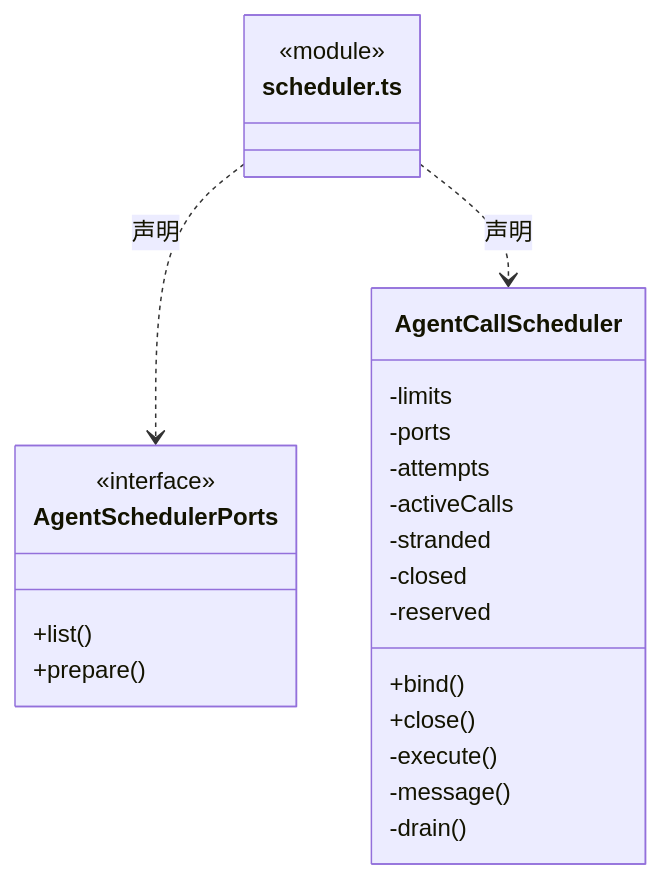
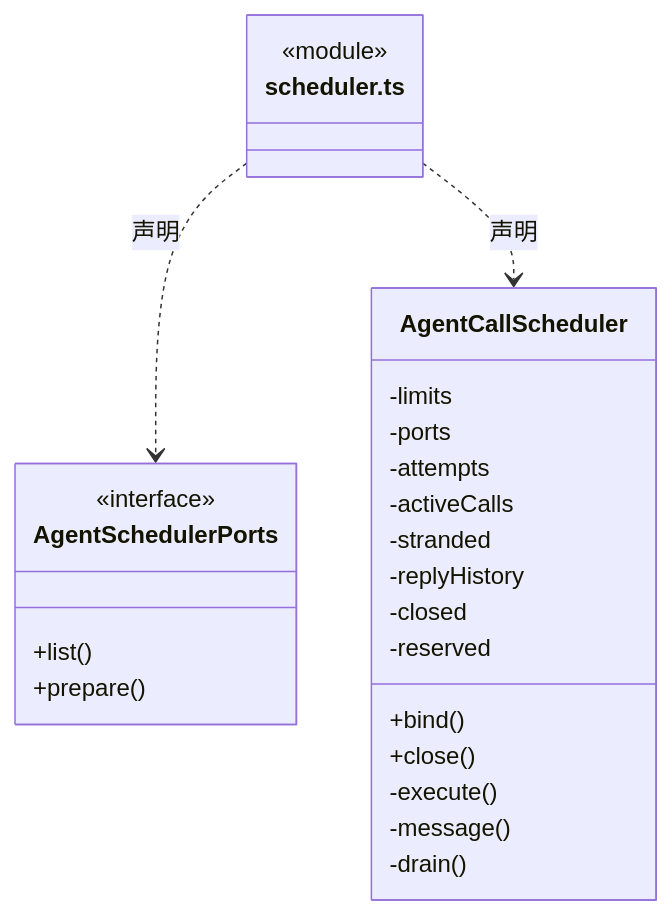
Before and after one commit to nan023062/cbim: the seventh of 10 diagrams in src/logic/agents/ARCHITECTURE.md, drawn with Mermaid. The commit also changed other lines of this file and 39 other files, not shown here.

````diff
--- a/src/logic/agents/ARCHITECTURE.md
+++ b/src/logic/agents/ARCHITECTURE.md
@@ -167,27 +197,28 @@
 ```mermaid
 classDiagram
 class N_src_logic_agents_scheduler_ts["scheduler.ts"] {
   <<module>>
 }
 class N_src_logic_agents_scheduler_ts_AgentSchedulerPorts["AgentSchedulerPorts"] {
   <<interface>>
   +list()
   +prepare()
 }
 N_src_logic_agents_scheduler_ts ..> N_src_logic_agents_scheduler_ts_AgentSchedulerPorts : 声明
 class N_src_logic_agents_scheduler_ts_AgentCallScheduler["AgentCallScheduler"] {
   +bind()
   +close()
   -limits
   -ports
   -attempts
   -activeCalls
   -stranded
+  -replyHistory
   -closed
   -reserved
   -execute()
   -message()
   -drain()
 }
 N_src_logic_agents_scheduler_ts ..> N_src_logic_agents_scheduler_ts_AgentCallScheduler : 声明
 ```
````
